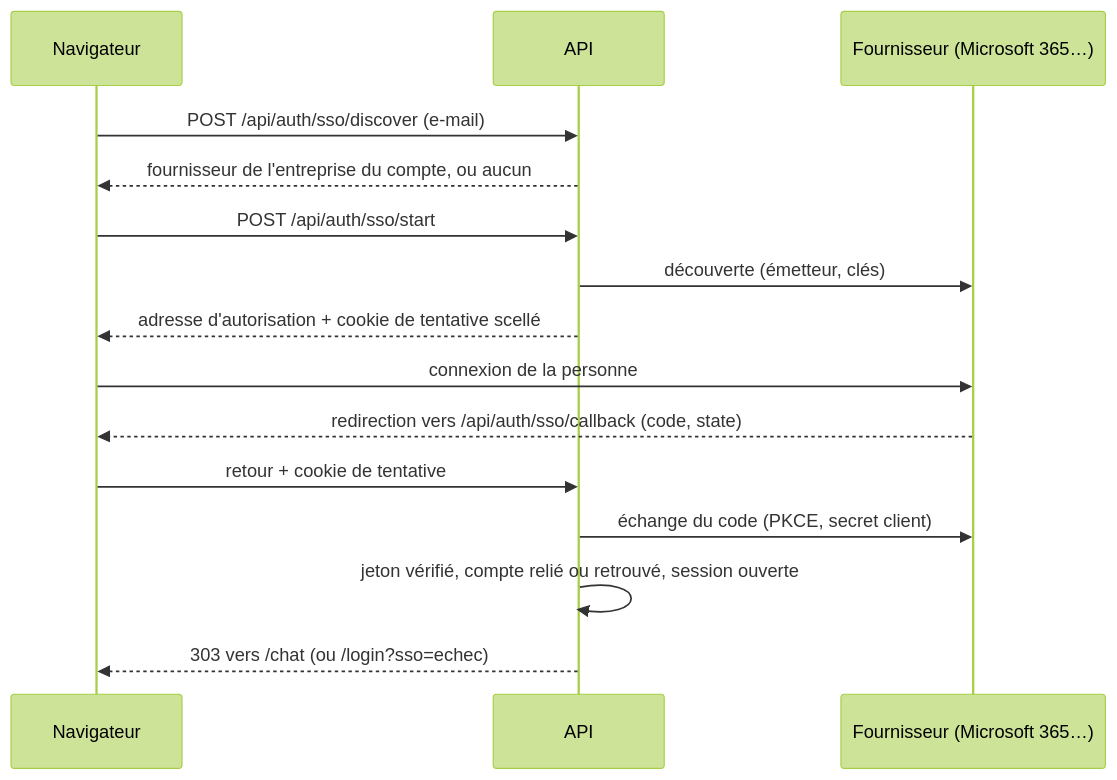
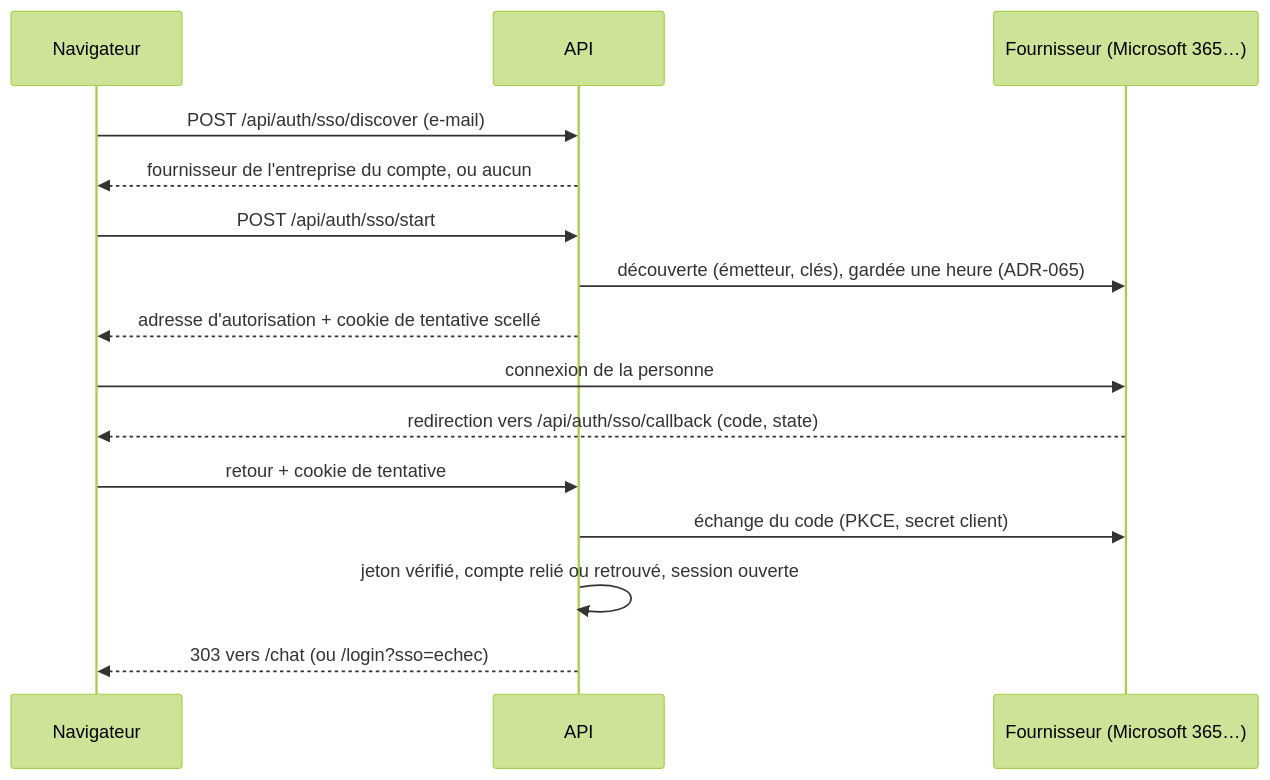
Before and after one commit to OrizonLab/mimorya: the fourth of 4 diagrams in docs/ARCHITECTURE.md, drawn with Mermaid (forest theme). The commit also changed 12 other files, not shown here.

````diff
--- a/docs/ARCHITECTURE.md
+++ b/docs/ARCHITECTURE.md
@@ -174,17 +174,17 @@
 ```mermaid
 sequenceDiagram
   participant N as Navigateur
   participant A as API
   participant F as Fournisseur (Microsoft 365…)
   N->>A: POST /api/auth/sso/discover (e-mail)
   A-->>N: fournisseur de l'entreprise du compte, ou aucun
   N->>A: POST /api/auth/sso/start
-  A->>F: découverte (émetteur, clés)
+  A->>F: découverte (émetteur, clés), gardée une heure (ADR-065)
   A-->>N: adresse d'autorisation + cookie de tentative scellé
   N->>F: connexion de la personne
   F-->>N: redirection vers /api/auth/sso/callback (code, state)
   N->>A: retour + cookie de tentative
   A->>F: échange du code (PKCE, secret client)
   A->>A: jeton vérifié, compte relié ou retrouvé, session ouverte
   A-->>N: 303 vers /chat (ou /login?sso=echec)
 ```
````
